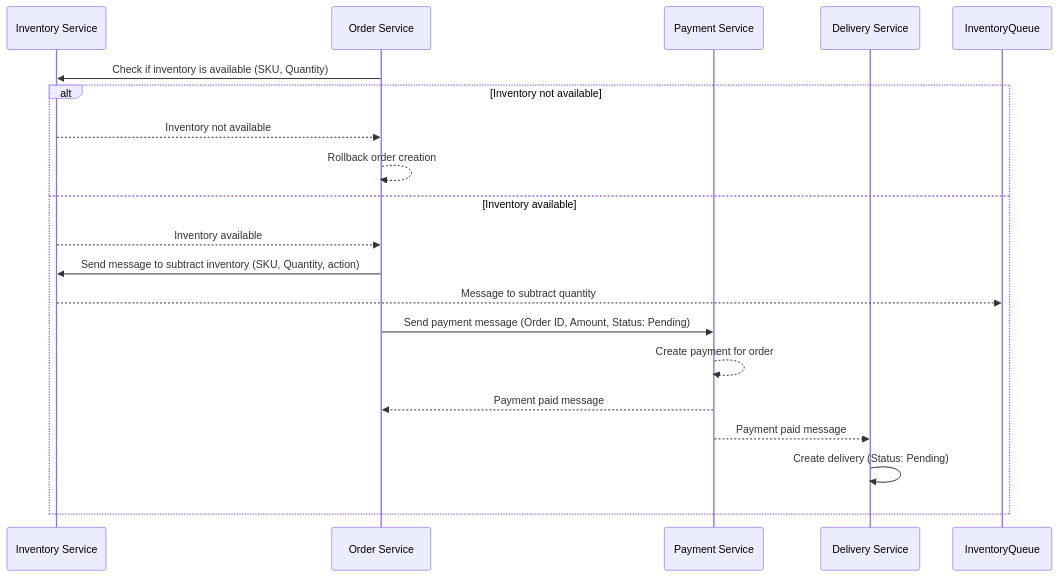
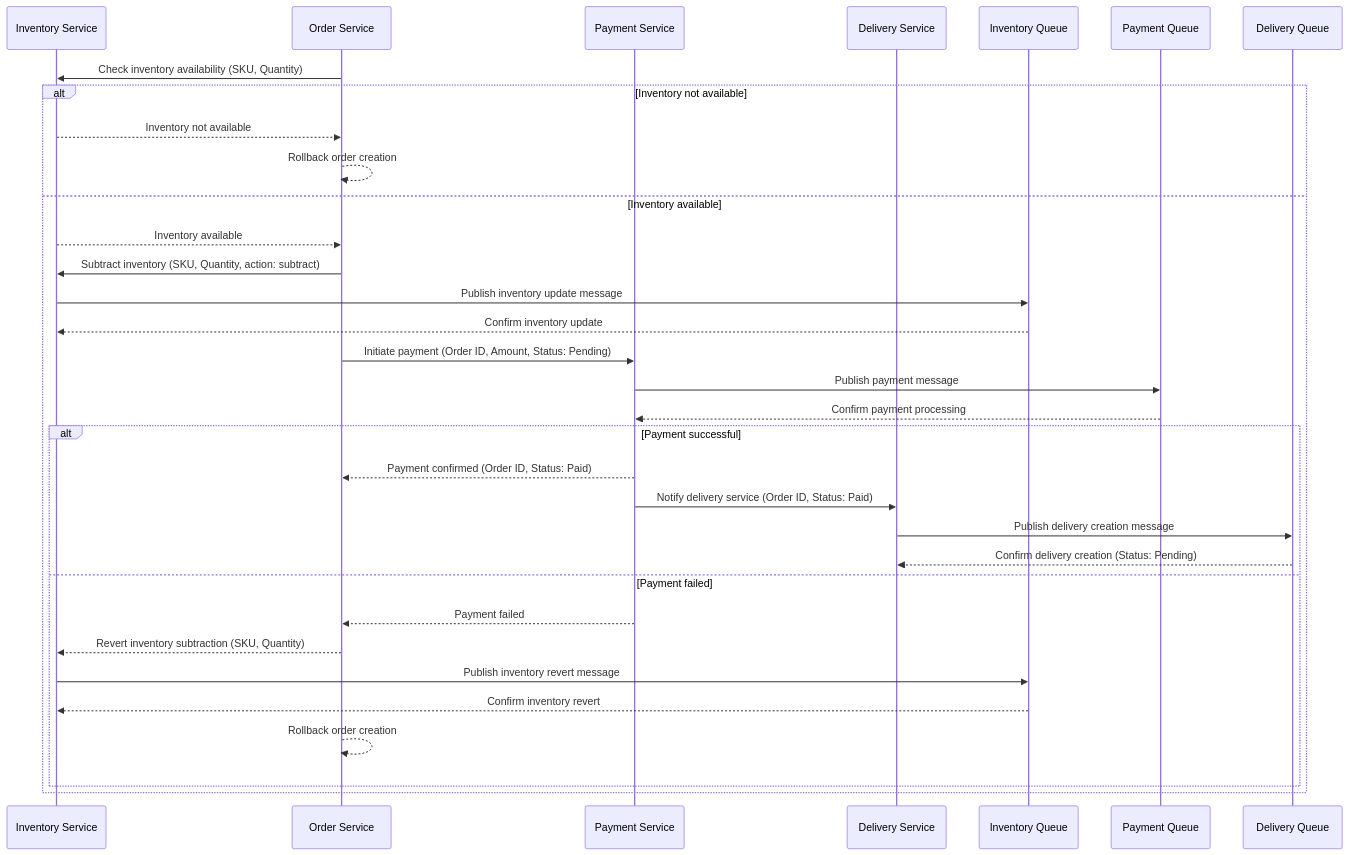
The diagram in README.md (dmenezesgabriel/py-ecommerce), drawn with Mermaid before and after one commit. The commit also changed other lines of this file and 4 other files, not shown here.

````diff
--- a/README.md
+++ b/README.md
@@ -3,22 +3,39 @@
 ```mermaid
 sequenceDiagram
     participant InventoryService as Inventory Service
     participant OrderService as Order Service
     participant PaymentService as Payment Service
     participant DeliveryService as Delivery Service
+    participant InventoryQueue as Inventory Queue
+    participant PaymentQueue as Payment Queue
+    participant DeliveryQueue as Delivery Queue
 
-    OrderService->>InventoryService: Check if inventory is available (SKU, Quantity)
+    OrderService->>InventoryService: Check inventory availability (SKU, Quantity)
+
     alt Inventory not available
         InventoryService-->>OrderService: Inventory not available
         OrderService-->>OrderService: Rollback order creation
     else Inventory available
         InventoryService-->>OrderService: Inventory available
-        OrderService->>InventoryService: Send message to subtract inventory (SKU, Quantity, action)
-        InventoryService-->>InventoryQueue: Message to subtract quantity
-        OrderService->>PaymentService: Send payment message (Order ID, Amount, Status: Pending)
-        PaymentService-->>PaymentService: Create payment for order
-        PaymentService-->>OrderService: Payment paid message
-        PaymentService-->>DeliveryService: Payment paid message
-        DeliveryService->>DeliveryService: Create delivery (Status: Pending)
+        OrderService->>InventoryService: Subtract inventory (SKU, Quantity, action: subtract)
+        InventoryService->>InventoryQueue: Publish inventory update message
+        InventoryQueue-->>InventoryService: Confirm inventory update
+
+        OrderService->>PaymentService: Initiate payment (Order ID, Amount, Status: Pending)
+        PaymentService->>PaymentQueue: Publish payment message
+        PaymentQueue-->>PaymentService: Confirm payment processing
+
+        alt Payment successful
+            PaymentService-->>OrderService: Payment confirmed (Order ID, Status: Paid)
+            PaymentService->>DeliveryService: Notify delivery service (Order ID, Status: Paid)
+            DeliveryService->>DeliveryQueue: Publish delivery creation message
+            DeliveryQueue-->>DeliveryService: Confirm delivery creation (Status: Pending)
+        else Payment failed
+            PaymentService-->>OrderService: Payment failed
+            OrderService-->>InventoryService: Revert inventory subtraction (SKU, Quantity)
+            InventoryService->>InventoryQueue: Publish inventory revert message
+            InventoryQueue-->>InventoryService: Confirm inventory revert
+            OrderService-->>OrderService: Rollback order creation
+        end
     end
 ```
````
